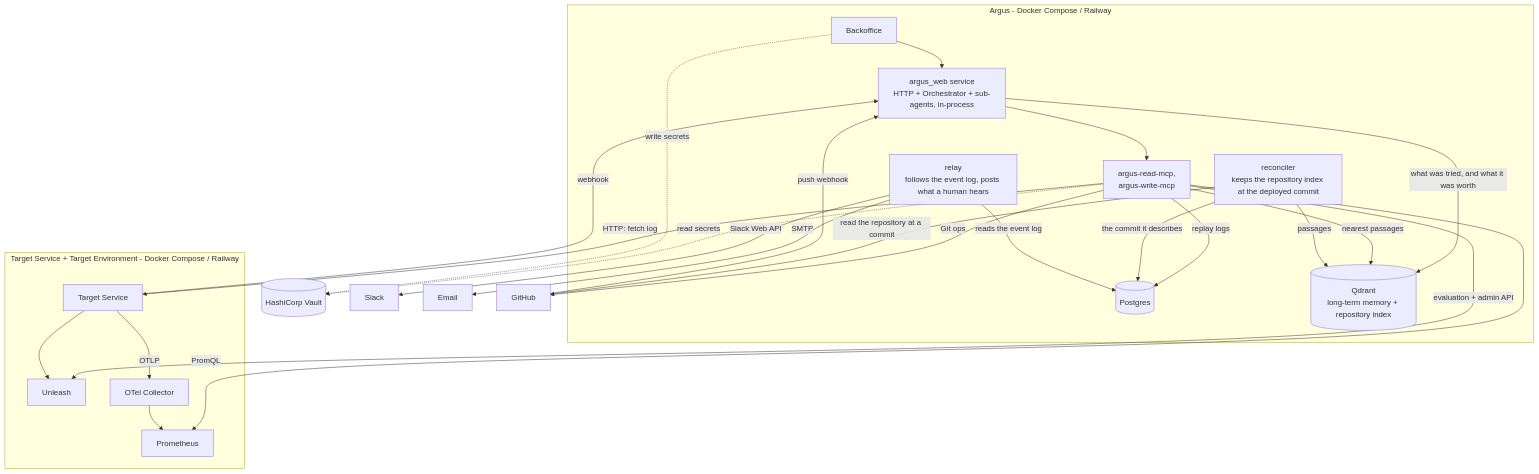
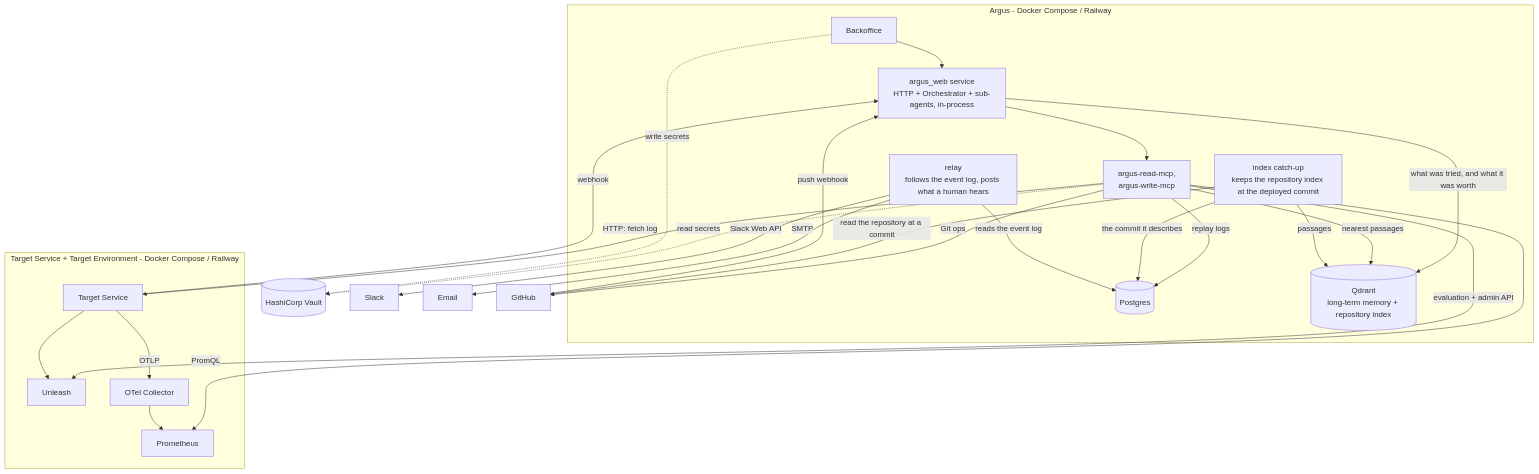
Before and after one commit to ohadraz/Argus: the fifth of 5 diagrams in docs/spec-and-architecture.md, drawn with Mermaid. The commit also changed other lines of this file and 24 other files, not shown here.

Commit message:
rename the code index's reconciler to catching up, leaving Argo CD the word

````diff
--- a/docs/spec-and-architecture.md
+++ b/docs/spec-and-architecture.md
@@ -847,41 +847,41 @@
 ```mermaid
 flowchart TB
     subgraph ArgusDeploy["Argus - Docker Compose / Railway"]
         WEB[argus_web service<br/>HTTP + Orchestrator + sub-agents, in-process]
         MCPS[argus-read-mcp,<br/>argus-write-mcp]
         RELAY[relay<br/>follows the event log, posts what a human hears]
         PG[(Postgres)]
         QDRANT[(Qdrant<br/>long-term memory + repository index)]
-        INDEXER[reconciler<br/>keeps the repository index at the deployed commit]
+        INDEXER[index catch-up<br/>keeps the repository index at the deployed commit]
         BO[Backoffice]
     end
     subgraph TargetDeploy["Target Service + Target Environment - Docker Compose / Railway"]
         TS[Target Service]
         UNLEASH[Unleash]
         OTELCOL[OTel Collector]
         PROM[Prometheus]
     end
     VAULT[(HashiCorp Vault)]
 
     TS -->|webhook| WEB
     WEB --> MCPS
     MCPS -->|replay logs| PG
     WEB -->|what was tried, and what it was worth| QDRANT
     MCPS -->|nearest passages| QDRANT
     INDEXER -->|passages| QDRANT
     INDEXER -->|the commit it describes| PG
     MCPS -->|evaluation + admin API| UNLEASH
     MCPS -->|PromQL| PROM
     MCPS -->|HTTP: fetch log| TS
     RELAY -->|reads the event log| PG
     RELAY -->|Slack Web API| ExternalSlack[Slack]
     RELAY -->|SMTP| ExternalMail[Email]
     MCPS -->|Git ops| ExternalGH[GitHub]
     INDEXER -->|read the repository at a commit| ExternalGH
     ExternalGH -->|push webhook| WEB
     MCPS -.->|read secrets| VAULT
     BO -.->|write secrets| VAULT
     TS --> UNLEASH
     TS -->|OTLP| OTELCOL --> PROM
     BO --> WEB
 ```
````
